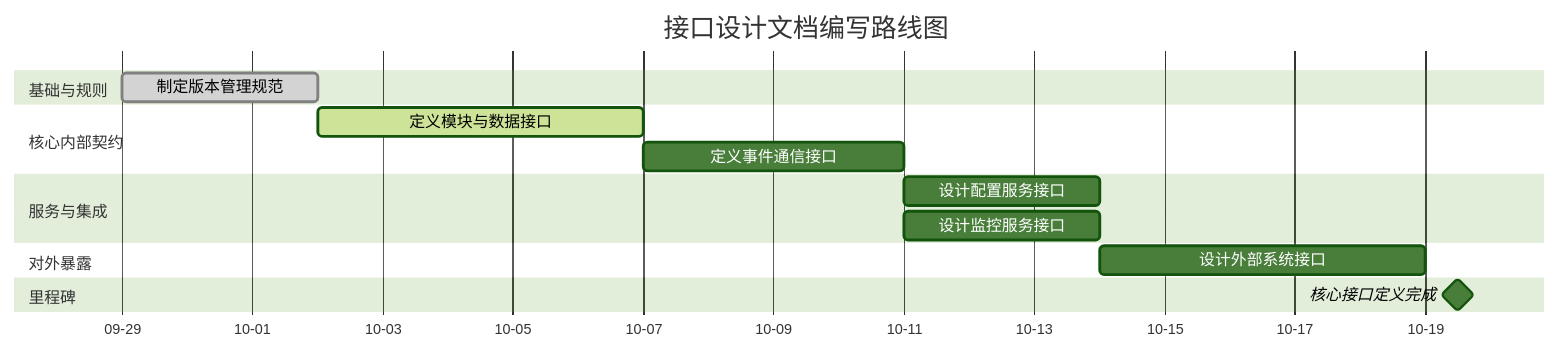
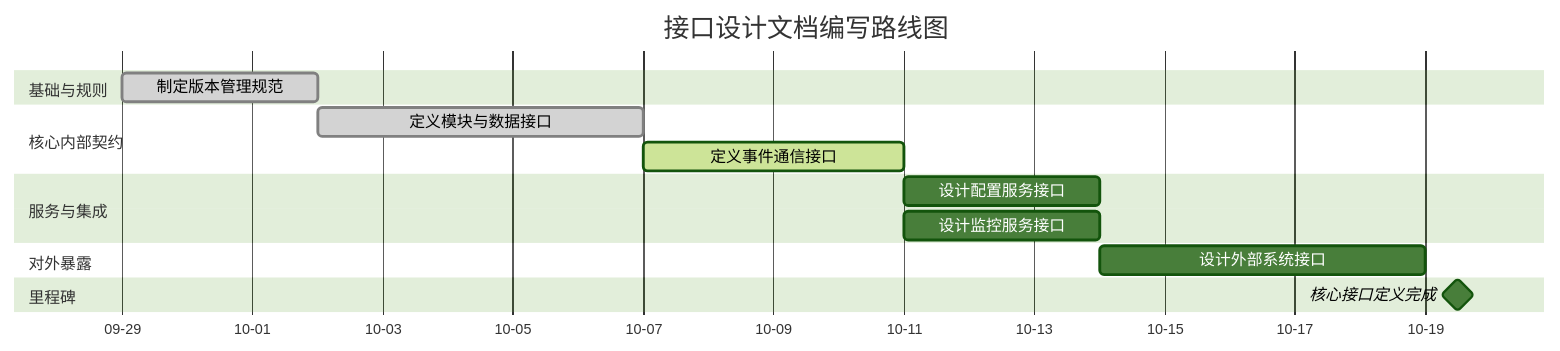
One commit to wendizhou99-cell/Radar changed the second of 2 diagrams in docs/01_项目设计/05_接口设计/00_接口设计总览.md. Above: the diagram before and after it, drawn with Mermaid (forest theme). The commit also changed other lines of this file and 9 other files, not shown here.

````diff
--- a/docs/01_项目设计/05_接口设计/00_接口设计总览.md
+++ b/docs/01_项目设计/05_接口设计/00_接口设计总览.md
@@ -274,23 +274,23 @@
 ```mermaid
 gantt
     title 接口设计文档编写路线图
     dateFormat  YYYY-MM-DD
     axisFormat  %m-%d
 
     section 基础与规则
     制定版本管理规范     :done, doc1, 2025-09-29, 3d
 
     section 核心内部契约
-    定义模块与数据接口   :active, doc2, after doc1, 5d
-    定义事件通信接口     :doc3, after doc2, 4d
+    定义模块与数据接口   :done, doc2, after doc1, 5d
+    定义事件通信接口     :active, doc3, after doc2, 4d
 
     section 服务与集成
     设计配置服务接口     :doc4a, after doc3, 3d
     设计监控服务接口     :doc4b, after doc3, 3d
 
     section 对外暴露
     设计外部系统接口     :doc5, after doc4b, 5d
 
     section 里程碑
     核心接口定义完成     :milestone, m1, after doc5, 1d
 ```
````
